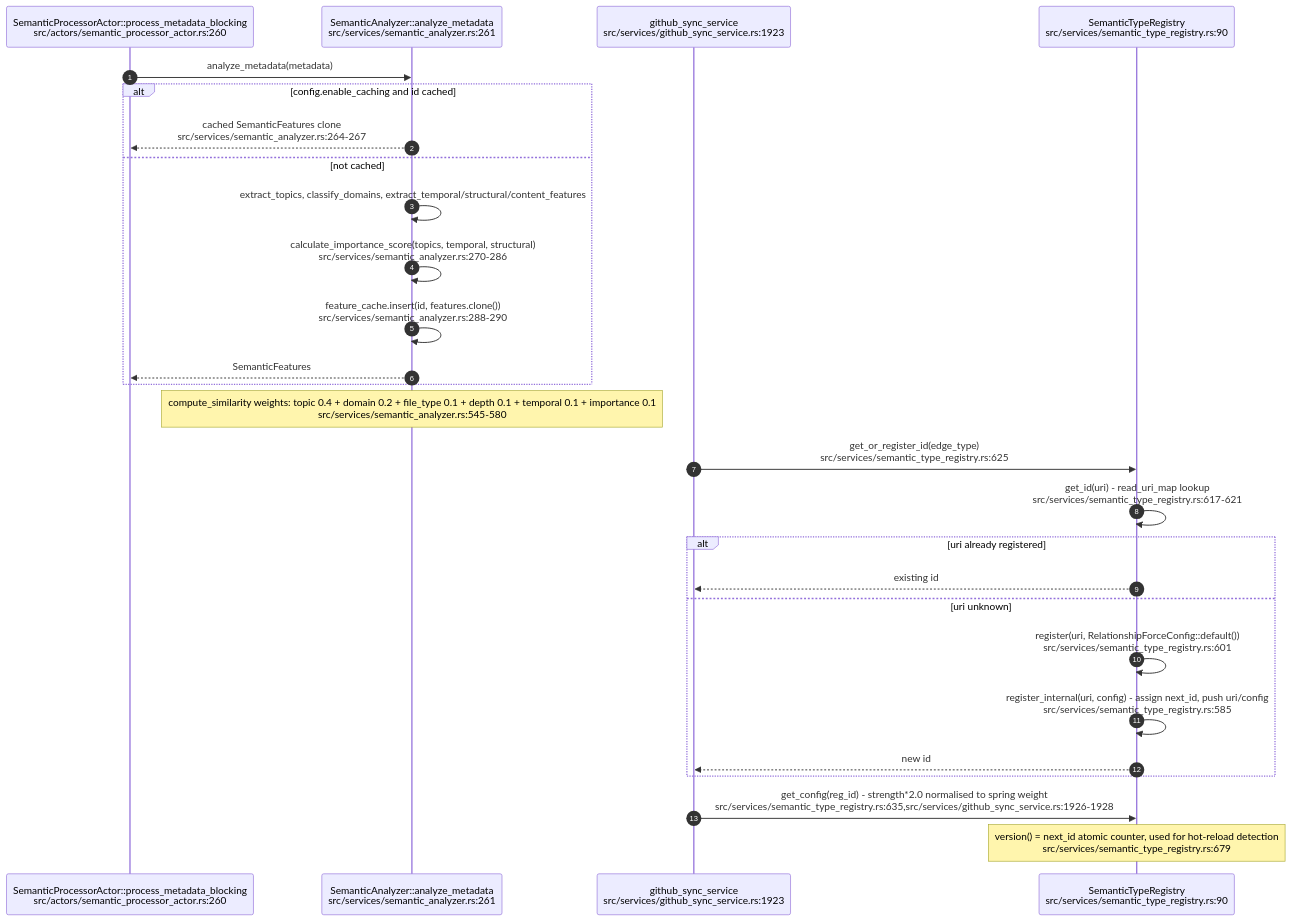
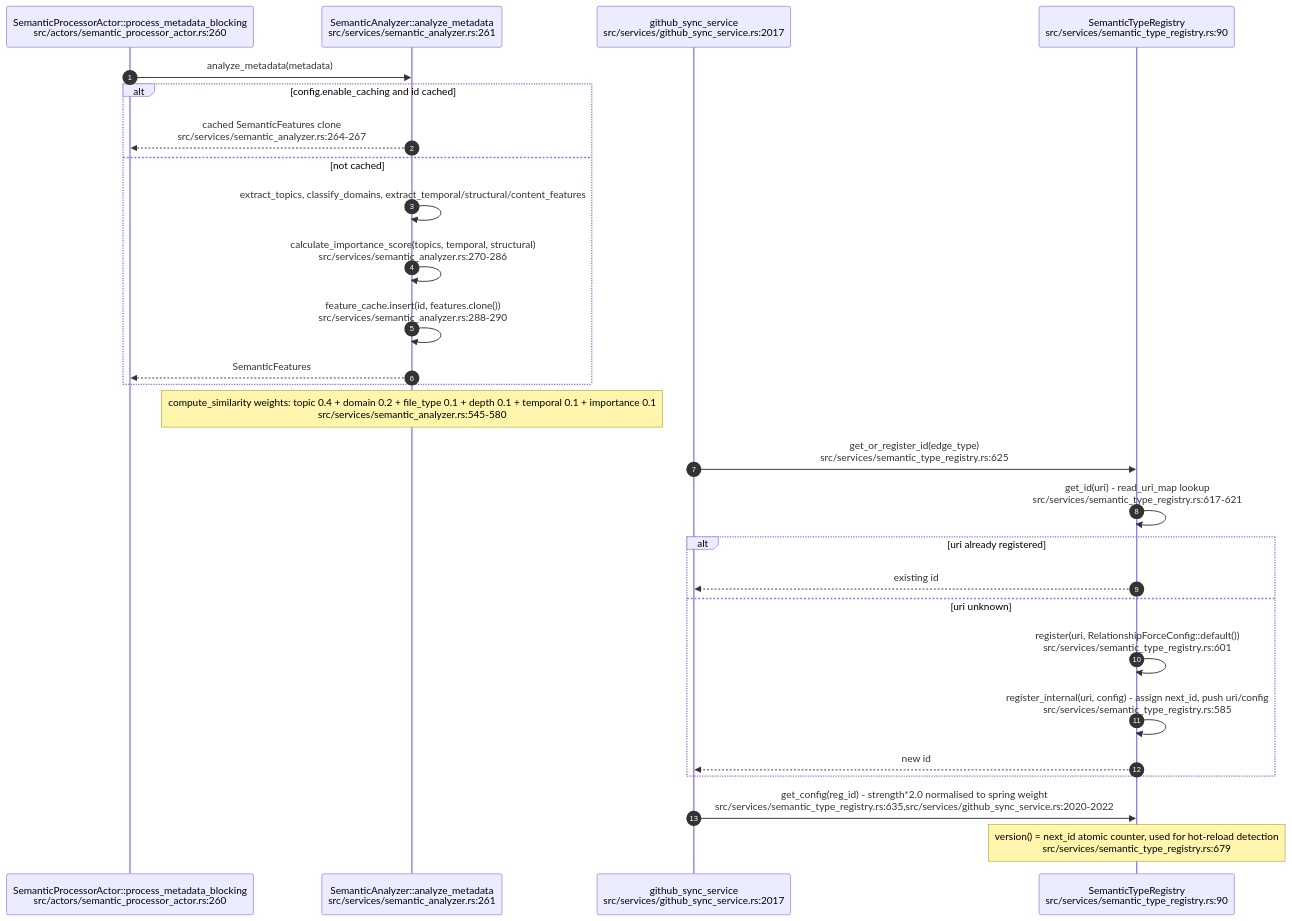
The ninth of 13 diagrams in docs/diagrams/visionclaw/25-insight-kpi-nlq-semantics.md (DreamLab-AI/AR-AI-Knowledge-Graph), drawn with Mermaid before and after one commit. The commit also changed other lines of this file and 73 other files, not shown here.

First line of the commit message:
docs(diagrams): re-verify all 71 topic files against HEAD; add --cite-check

````diff
--- a/docs/diagrams/visionclaw/25-insight-kpi-nlq-semantics.md
+++ b/docs/diagrams/visionclaw/25-insight-kpi-nlq-semantics.md
@@ -392,31 +392,31 @@
 ```mermaid
 sequenceDiagram
     autonumber
     participant SPA as SemanticProcessorActor::process_metadata_blocking<br/>src/actors/semantic_processor_actor.rs:260
     participant SA as SemanticAnalyzer::analyze_metadata<br/>src/services/semantic_analyzer.rs:261
-    participant GS as github_sync_service<br/>src/services/github_sync_service.rs:1923
+    participant GS as github_sync_service<br/>src/services/github_sync_service.rs:2017
     participant REG as SemanticTypeRegistry<br/>src/services/semantic_type_registry.rs:90
 
     SPA->>SA: analyze_metadata(metadata)
     alt config.enable_caching and id cached
         SA-->>SPA: cached SemanticFeatures clone<br/>src/services/semantic_analyzer.rs:264-267
     else not cached
         SA->>SA: extract_topics, classify_domains, extract_temporal/structural/content_features
         SA->>SA: calculate_importance_score(topics, temporal, structural)<br/>src/services/semantic_analyzer.rs:270-286
         SA->>SA: feature_cache.insert(id, features.clone())<br/>src/services/semantic_analyzer.rs:288-290
         SA-->>SPA: SemanticFeatures
     end
     Note over SA: compute_similarity weights: topic 0.4 + domain 0.2 + file_type 0.1 + depth 0.1 + temporal 0.1 + importance 0.1<br/>src/services/semantic_analyzer.rs:545-580
 
     GS->>REG: get_or_register_id(edge_type)<br/>src/services/semantic_type_registry.rs:625
     REG->>REG: get_id(uri) - read_uri_map lookup<br/>src/services/semantic_type_registry.rs:617-621
     alt uri already registered
         REG-->>GS: existing id
     else uri unknown
         REG->>REG: register(uri, RelationshipForceConfig::default())<br/>src/services/semantic_type_registry.rs:601
         REG->>REG: register_internal(uri, config) - assign next_id, push uri/config<br/>src/services/semantic_type_registry.rs:585
         REG-->>GS: new id
     end
-    GS->>REG: get_config(reg_id) - strength*2.0 normalised to spring weight<br/>src/services/semantic_type_registry.rs:635,src/services/github_sync_service.rs:1926-1928
+    GS->>REG: get_config(reg_id) - strength*2.0 normalised to spring weight<br/>src/services/semantic_type_registry.rs:635,src/services/github_sync_service.rs:2020-2022
     Note over REG: version() = next_id atomic counter, used for hot-reload detection<br/>src/services/semantic_type_registry.rs:679
 ```
````
